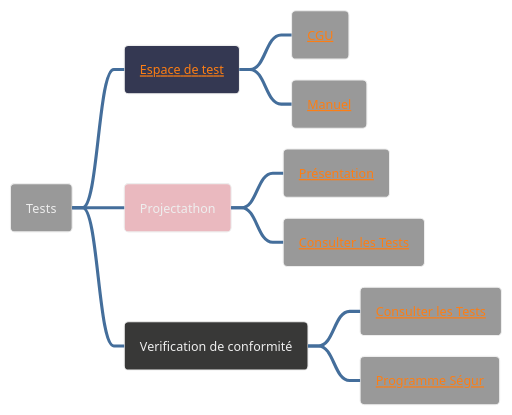
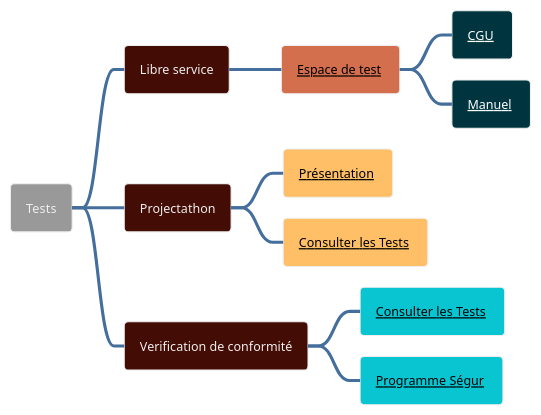
Before and after one commit to ansforge/IG-hl7v2-volet-transmission-document-cda-r2: the diagram in input/images-source/tests.plantuml, drawn with PlantUML. The commit also changed 1 other file, not shown here.

```diff
--- a/input/images-source/tests.plantuml
+++ b/input/images-source/tests.plantuml
@@ -1,13 +1,27 @@
 @startmindmap
+<style>
+.black {
+  HyperlinkColor #000000
+}
+.white {
+  HyperlinkColor #FFFFFF
+}
+</style>
+
+
 !theme spacelab
 * Tests
-**[#343852] [[https://interop.esante.gouv.fr/ Espace de test]]
-*** [[https://esante.gouv.fr/sites/default/files/media_entity/documents/CGU_espace_de_tests_v1.1.pdf CGU]]
-*** [[https://industriels.esante.gouv.fr/sites/default/files/media/document/manuel_gazelle_evs%20V0.3_1.pdf Manuel]]
-**[#EAB9BF] Projectathon
-*** [[https://industriels.esante.gouv.fr/produits-et-services/ci-sis-cadre-d-interoperabilite-des-systemes-d-information-de-sante/projectathon-interoperabilite Présentation]]
-*** [[https://interop.esante.gouv.fr/gazelle/testing/testsDefinition/testsList.seam?testType=2&testStatus=1 Consulter les Tests]]
-**[#383837] Verification de conformité
-*** [[https://interop.esante.gouv.fr/gazelle/testing/testsDefinition/testsList.seam?testType=5&testStatus=1 Consulter les Tests]]
-*** [[https://industriels.esante.gouv.fr/segur-du-numerique-en-sante/toutes-les-ressources-du-segur Programme Ségur]]
-@endmindmap
+
+**[#430C05] Libre service
+***[#D46F4D] <color:blue>[[https://interop.esante.gouv.fr/ Espace de test]]</color> <<black>>
+****[#00353F] [[https://esante.gouv.fr/sites/default/files/media_entity/documents/CGU_espace_de_tests_v1.1.pdf CGU]] <<white>>
+****[#00353F] [[https://industriels.esante.gouv.fr/sites/default/files/media/document/manuel_gazelle_evs%20V0.3_1.pdf Manuel]] <<white>>
+
+**[#430C05] Projectathon
+***[#FFBF66] [[https://industriels.esante.gouv.fr/produits-et-services/ci-sis-cadre-d-interoperabilite-des-systemes-d-information-de-sante/projectathon-interoperabilite Présentation]] <<black>>
+***[#FFBF66] [[https://interop.esante.gouv.fr/gazelle/testing/testsDefinition/testsList.seam?testType=2&testStatus=1 Consulter les Tests]] <<black>>
+
+**[#430C05] Verification de conformité
+***[#08C5D1] [[https://interop.esante.gouv.fr/gazelle/testing/testsDefinition/testsList.seam?testType=5&testStatus=1 Consulter les Tests]] <<black>>
+***[#08C5D1] [[https://industriels.esante.gouv.fr/segur-du-numerique-en-sante/toutes-les-ressources-du-segur Programme Ségur]] <<black>>
+@endmindmap 
```
